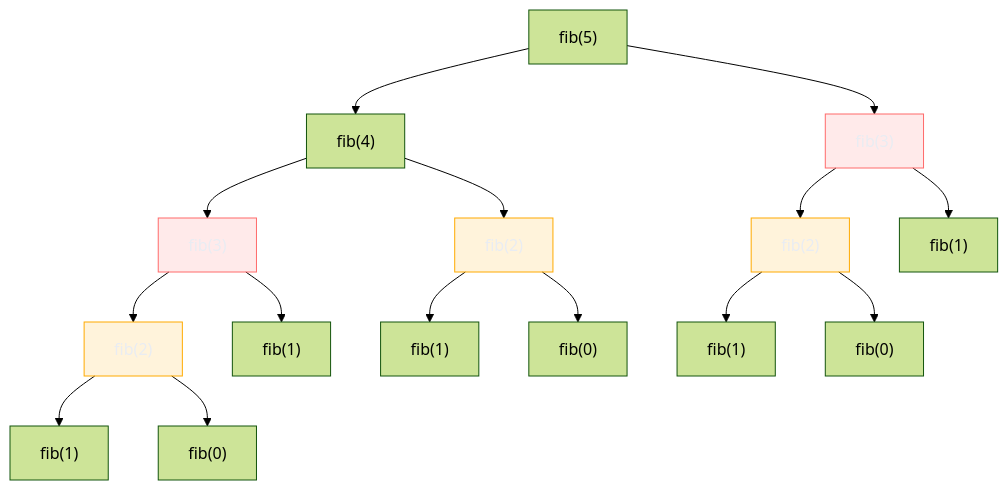
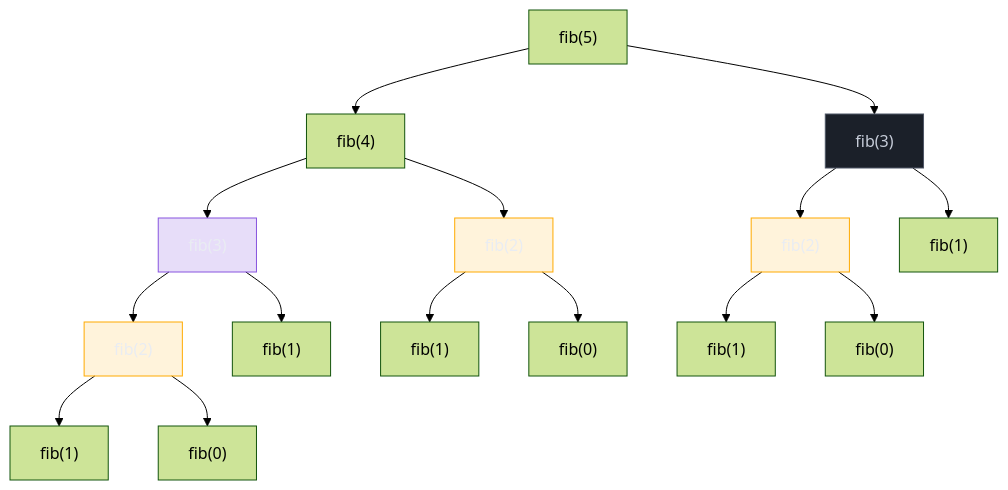
Before and after one commit to josenaldo/codex-technomanticus: the fifth of 5 diagrams in 03-Dominios/Ciência/Algoritmos/04 - Recursão.md, drawn with Mermaid (forest theme). The commit also changed 601 other files, not shown here.

````diff
--- a/03-Dominios/Ciência/Algoritmos/04 - Recursão.md
+++ b/03-Dominios/Ciência/Algoritmos/04 - Recursão.md
@@ -236,24 +236,25 @@
 ```mermaid
 graph TD
-    classDef falha fill:#FF6B6B24,stroke:#FF6B6B,color:#E9ECF2
+    classDef marca fill:#8855DF33,stroke:#8855DF,color:#E9ECF2
+    classDef neutro fill:#1B2029,stroke:#4E5666,color:#C6CCD8
     classDef destaque fill:#FFAA0024,stroke:#FFAA00,color:#E9ECF2
     F5["fib(5)"] --> F4a["fib(4)"]
     F5 --> F3a["fib(3)"]
     F4a --> F3b["fib(3)"]
     F4a --> F2a["fib(2)"]
     F3a --> F2b["fib(2)"]
     F3a --> F1a["fib(1)"]
     F3b --> F2c["fib(2)"]
     F3b --> F1b["fib(1)"]
     F2a --> F1c["fib(1)"]
     F2a --> F0a["fib(0)"]
     F2b --> F1d["fib(1)"]
     F2b --> F0b["fib(0)"]
     F2c --> F1e["fib(1)"]
     F2c --> F0c["fib(0)"]
-    class F3a falha
-    class F3b falha
+    class F3a neutro
+    class F3b marca
     class F2a destaque
     class F2b destaque
     class F2c destaque
 ```
````
